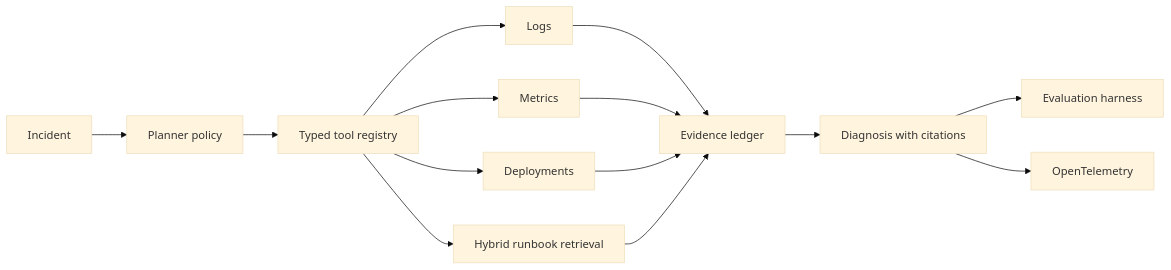
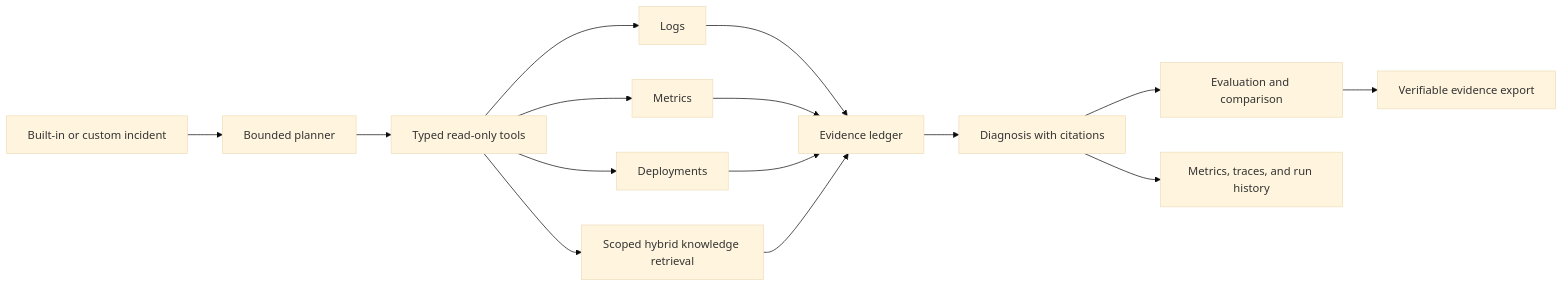
Before and after one commit to medhavee-upadhyaya/rootsignal-bench: the diagram in README.md, drawn with Mermaid (base theme). The commit also changed other lines of this file and 11 other files, not shown here.

````diff
--- a/README.md
+++ b/README.md
@@ -99,16 +112,17 @@
 ```mermaid
 flowchart LR
-    A[Incident] --> B[Planner policy]
-    B --> C[Typed tool registry]
+    A[Built-in or custom incident] --> B[Bounded planner]
+    B --> C[Typed read-only tools]
     C --> D[Logs]
     C --> E[Metrics]
     C --> F[Deployments]
-    C --> G[Hybrid runbook retrieval]
+    C --> G[Scoped hybrid knowledge retrieval]
     D --> H[Evidence ledger]
     E --> H
     F --> H
     G --> H
     H --> I[Diagnosis with citations]
-    I --> J[Evaluation harness]
-    I --> K[OpenTelemetry]
+    I --> J[Evaluation and comparison]
+    I --> K[Metrics, traces, and run history]
+    J --> L[Verifiable evidence export]
 ```
````
